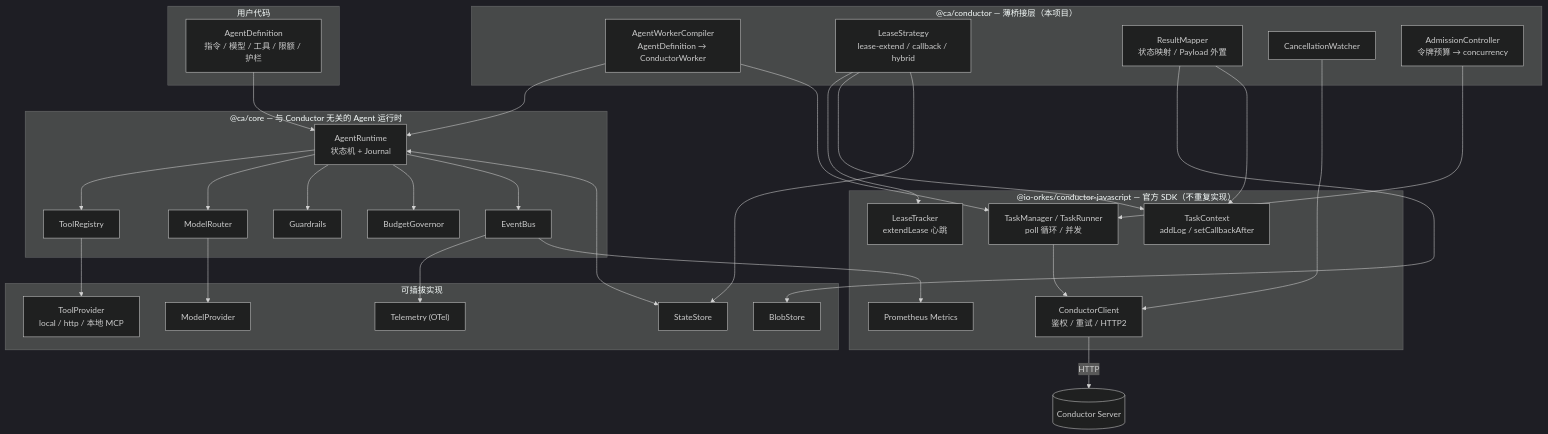
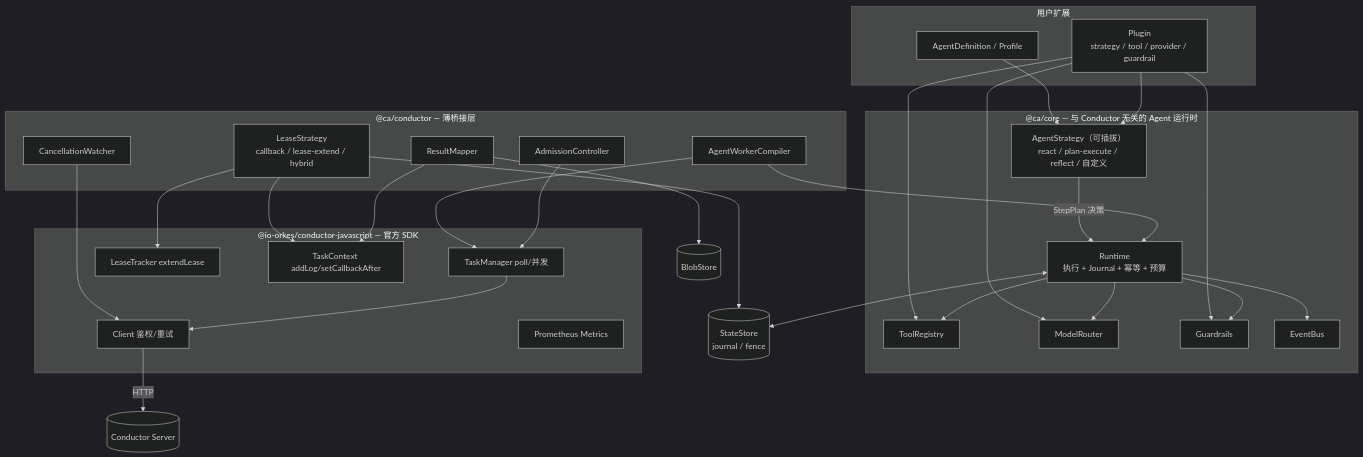
One commit to yiyisf/agent-worker changed the diagram in docs/architecture.md. Above: the diagram before and after it, drawn with Mermaid (dark theme). The commit also changed other lines of this file and 13 other files, not shown here.

First line of the commit message:
docs: 架构设计 v0.3 —— 默认改用 callback 策略，新增可插拔 AgentStrategy

````diff
--- a/docs/architecture.md
+++ b/docs/architecture.md
@@ -120,55 +131,47 @@
 ```mermaid
 graph TB
-  subgraph 用户代码
-    AD["AgentDefinition<br/>指令 / 模型 / 工具 / 限额 / 护栏"]
+  subgraph 用户扩展
+    AD["AgentDefinition / Profile"]
+    PL["Plugin<br/>strategy / tool / provider / guardrail"]
   end
 
   subgraph "@ca/core — 与 Conductor 无关的 Agent 运行时"
-    RT["AgentRuntime<br/>状态机 + Journal"]
+    ST["AgentStrategy（可插拔）<br/>react / plan-execute / reflect / 自定义"]
+    RT["Runtime<br/>执行 + Journal + 幂等 + 预算"]
     TR["ToolRegistry"]
     MR["ModelRouter"]
     GR["Guardrails"]
-    BG["BudgetGovernor"]
     EV["EventBus"]
   end
 
-  subgraph "@ca/conductor — 薄桥接层（本项目）"
-    CP["AgentWorkerCompiler<br/>AgentDefinition → ConductorWorker"]
-    LS["LeaseStrategy<br/>lease-extend / callback / hybrid"]
-    RM["ResultMapper<br/>状态映射 / Payload 外置"]
+  subgraph "@ca/conductor — 薄桥接层"
+    CP["AgentWorkerCompiler"]
+    LS["LeaseStrategy<br/>callback / lease-extend / hybrid"]
+    RM["ResultMapper"]
     CW["CancellationWatcher"]
-    AC["AdmissionController<br/>令牌预算 → concurrency"]
+    AC["AdmissionController"]
   end
 
-  subgraph "@io-orkes/conductor-javascript — 官方 SDK（不重复实现）"
-    OC["ConductorClient<br/>鉴权 / 重试 / HTTP2"]
-    TM["TaskManager / TaskRunner<br/>poll 循环 / 并发"]
-    LT["LeaseTracker<br/>extendLease 心跳"]
-    TC["TaskContext<br/>addLog / setCallbackAfter"]
+  subgraph "@io-orkes/conductor-javascript — 官方 SDK"
+    OC["Client 鉴权/重试"]
+    TM["TaskManager poll/并发"]
+    LT["LeaseTracker extendLease"]
+    TC["TaskContext addLog/setCallbackAfter"]
     MT["Prometheus Metrics"]
   end
 
-  subgraph 可插拔实现
-    MP["ModelProvider"]
-    TP["ToolProvider<br/>local / http / 本地 MCP"]
-    ST["StateStore"]
-    BS["BlobStore"]
-    OB["Telemetry (OTel)"]
-  end
-
-  AD --> RT
-  RT --> TR & MR & GR & BG & EV
-  MR --> MP
-  TR --> TP
-  RT <--> ST
+  AD --> ST
+  PL --> ST & TR & MR & GR
+  ST -->|StepPlan 决策| RT
+  RT --> TR & MR & GR & EV
+  RT <--> STO[(StateStore<br/>journal / fence)]
   CP --> RT
   CP --> TM
-  LS --> LT & TC
-  LS --> ST
-  RM --> BS & TC
+  LS --> LT & TC & STO
+  RM --> BS[(BlobStore)]
+  RM --> TC
   AC --> TM
   CW --> OC
   TM --> OC
   OC -->|HTTP| CD[(Conductor Server)]
-  EV --> OB & MT
 ```
````
